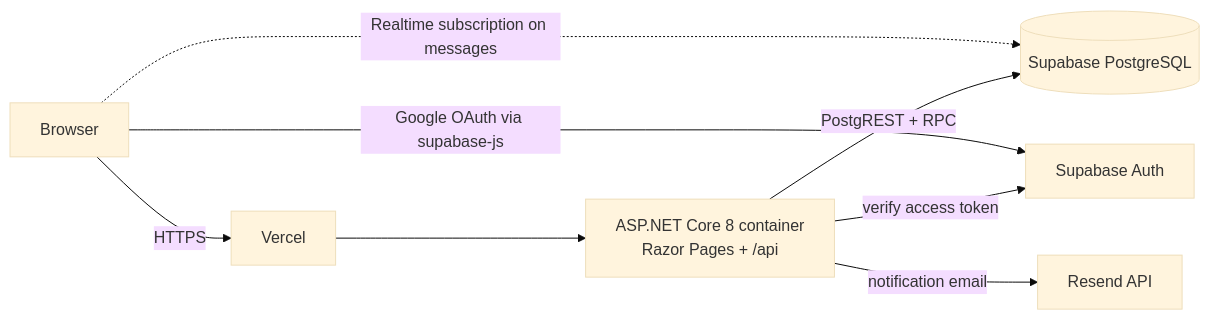
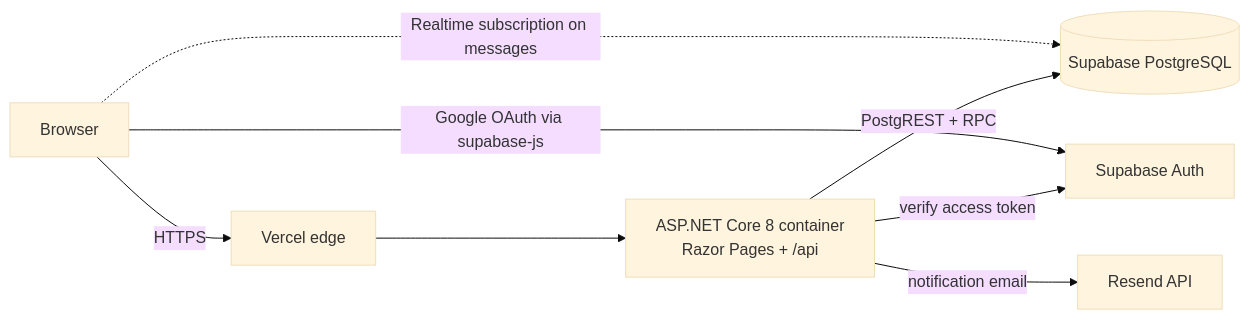
One commit to HalilMertDeveli/ASP.NET-APP-FOR-LED changed the first of 4 diagrams in README.md. Above: the diagram before and after it, drawn with Mermaid (base theme). The commit also changed other lines of this file, not shown here.

````diff
--- a/README.md
+++ b/README.md
@@ -74,10 +115,10 @@
 ```mermaid
 flowchart LR
-    B[Browser] -->|HTTPS| V[Vercel]
-    V --> A[ASP.NET Core 8 container<br/>Razor Pages + /api]
-    A -->|PostgREST + RPC| DB[(Supabase PostgreSQL)]
-    A -->|verify access token| AU[Supabase Auth]
-    A -->|notification email| R[Resend API]
-    B -->|Google OAuth via supabase-js| AU
-    B -.->|Realtime subscription on messages| DB
+    B["Browser"] -->|HTTPS| V["Vercel edge"]
+    V --> A["ASP.NET Core 8 container<br/>Razor Pages + /api"]
+    A -->|"PostgREST + RPC"| DB[("Supabase PostgreSQL")]
+    A -->|"verify access token"| AU["Supabase Auth"]
+    A -->|"notification email"| R["Resend API"]
+    B -->|"Google OAuth via supabase-js"| AU
+    B -.->|"Realtime subscription on messages"| DB
 ```
````
